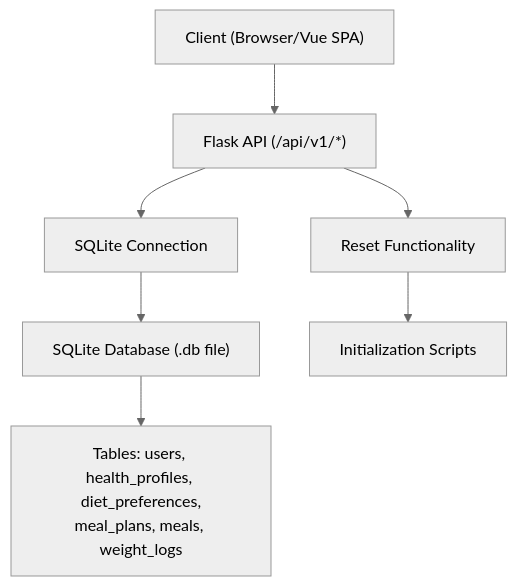
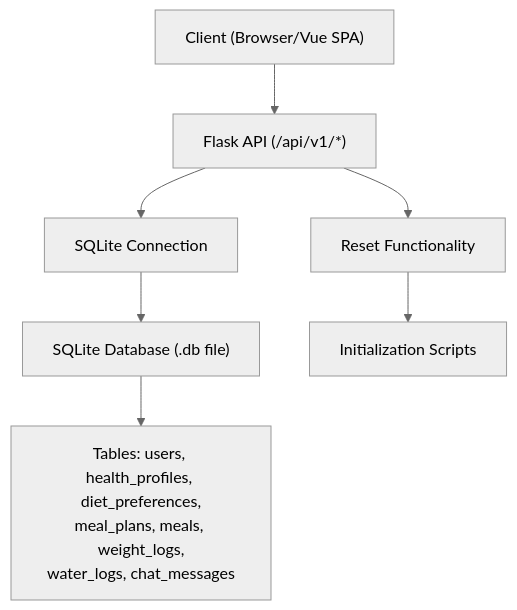
One commit to hsarjun04-netizen/NUTRICooACH changed the second of 6 diagrams in .qoder/repowiki/en/content/Backend API Server/Database Schema Design.md. Above: the diagram before and after it, drawn with Mermaid (neutral theme). The commit also changed other lines of this file and 8 other files, not shown here.

Commit message:
Redesign Dashboard: dark sidebar, hero banner, activity chart, calendar, donut chart, water tracker

````diff
--- a/.qoder/repowiki/en/content/Backend API Server/Database Schema Design.md
+++ b/.qoder/repowiki/en/content/Backend API Server/Database Schema Design.md
@@ -173,9 +197,9 @@
 ```mermaid
 graph TB
 Client["Client (Browser/Vue SPA)"] --> API["Flask API (/api/v1/*)"]
 API --> Conn["SQLite Connection"]
 Conn --> DB["SQLite Database (.db file)"]
-DB --> Tables["Tables: users, health_profiles, diet_preferences,<br/>meal_plans, meals, weight_logs"]
+DB --> Tables["Tables: users, health_profiles, diet_preferences,<br/>meal_plans, meals, weight_logs,<br/>water_logs, chat_messages"]
 API --> Reset["Reset Functionality"]
 Reset --> Init["Initialization Scripts"]
 ```
````
